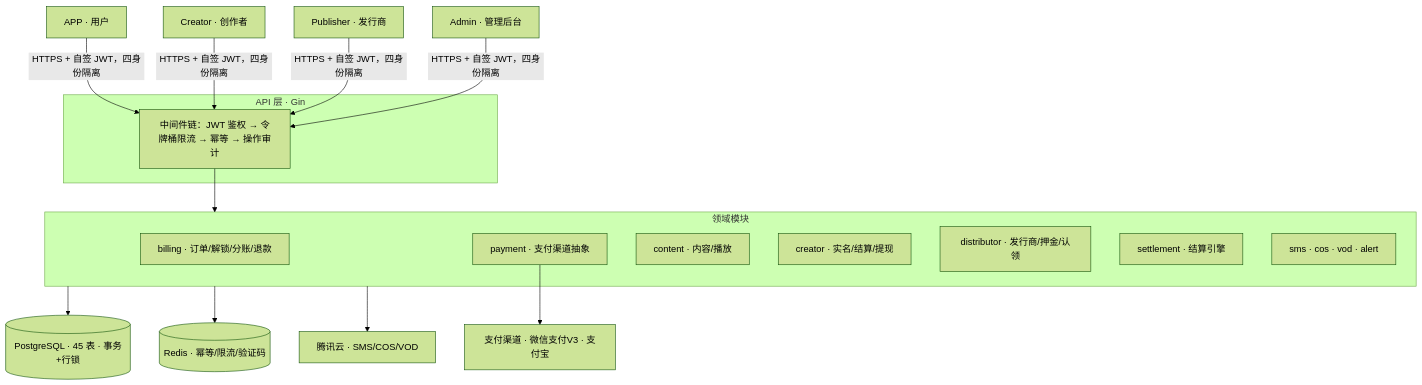
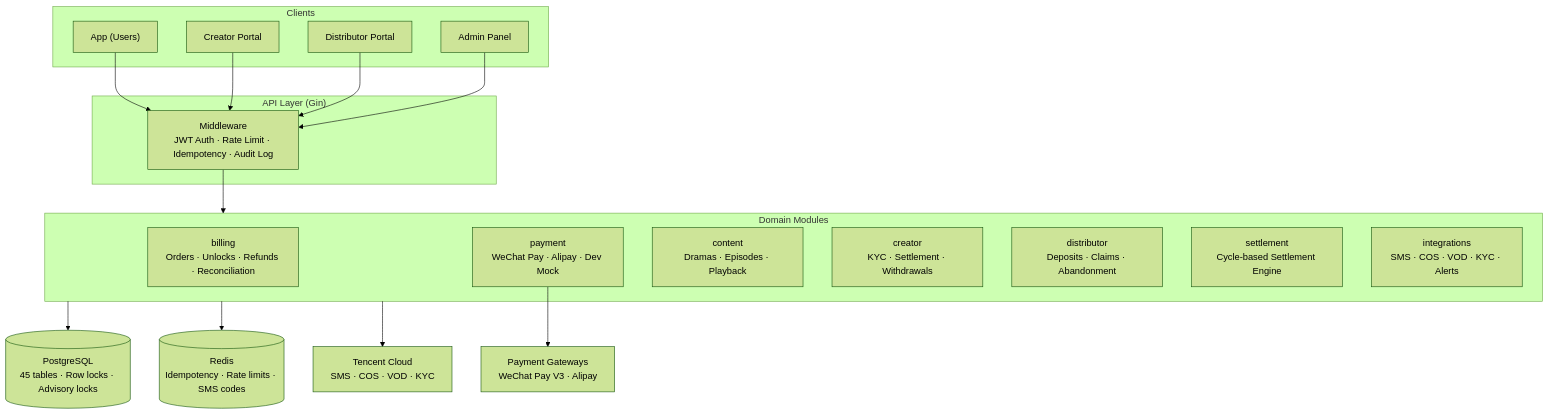
The diagram in README.md (shaozheng0503/short-drama-backend), drawn with Mermaid (forest theme) before and after one commit. The commit also changed other lines of this file, not shown here.

````diff
--- a/README.md
+++ b/README.md
@@ -48,28 +74,35 @@
 ```mermaid
 flowchart TB
-    A1["APP · 用户"]
-    A2["Creator · 创作者"]
-    A3["Publisher · 发行商"]
-    A4["Admin · 管理后台"]
-
-    subgraph apilayer ["API 层 · Gin"]
-      MW["中间件链：JWT 鉴权 → 令牌桶限流 → 幂等 → 操作审计"]
+    subgraph Clients["Clients"]
+        U["App (Users)"]
+        C["Creator Portal"]
+        D["Distributor Portal"]
+        A["Admin Panel"]
     end
 
-    subgraph domain ["领域模块"]
-      D1["billing · 订单/解锁/分账/退款"]
-      D2["payment · 支付渠道抽象"]
-      D3["content · 内容/播放"]
-      D4["creator · 实名/结算/提现"]
-      D5["distributor · 发行商/押金/认领"]
-      D6["settlement · 结算引擎"]
-      D7["sms · cos · vod · alert"]
+    subgraph API["API Layer (Gin)"]
+        MW["Middleware<br/>JWT Auth · Rate Limit · Idempotency · Audit Log"]
     end
 
-    A1 & A2 & A3 & A4 -->|"HTTPS + 自签 JWT，四身份隔离"| MW
-    MW --> domain
-    domain --> PG[("PostgreSQL · 45 表 · 事务+行锁")]
-    domain --> RD[("Redis · 幂等/限流/验证码")]
-    domain --> TC["腾讯云 · SMS/COS/VOD"]
-    D2 --> PAYCH["支付渠道 · 微信支付V3 · 支付宝"]
+    subgraph Domains["Domain Modules"]
+        B["billing<br/>Orders · Unlocks · Refunds · Reconciliation"]
+        P["payment<br/>WeChat Pay · Alipay · Dev Mock"]
+        CT["content<br/>Dramas · Episodes · Playback"]
+        CR["creator<br/>KYC · Settlement · Withdrawals"]
+        DS["distributor<br/>Deposits · Claims · Abandonment"]
+        ST["settlement<br/>Cycle-based Settlement Engine"]
+        INT["integrations<br/>SMS · COS · VOD · KYC · Alerts"]
+    end
+
+    DB[("PostgreSQL<br/>45 tables · Row locks · Advisory locks")]
+    RD[("Redis<br/>Idempotency · Rate limits · SMS codes")]
+    TC["Tencent Cloud<br/>SMS · COS · VOD · KYC"]
+    PAY["Payment Gateways<br/>WeChat Pay V3 · Alipay"]
+
+    U & C & D & A --> MW
+    MW --> Domains
+    Domains --> DB
+    Domains --> RD
+    Domains --> TC
+    P --> PAY
 ```
````
